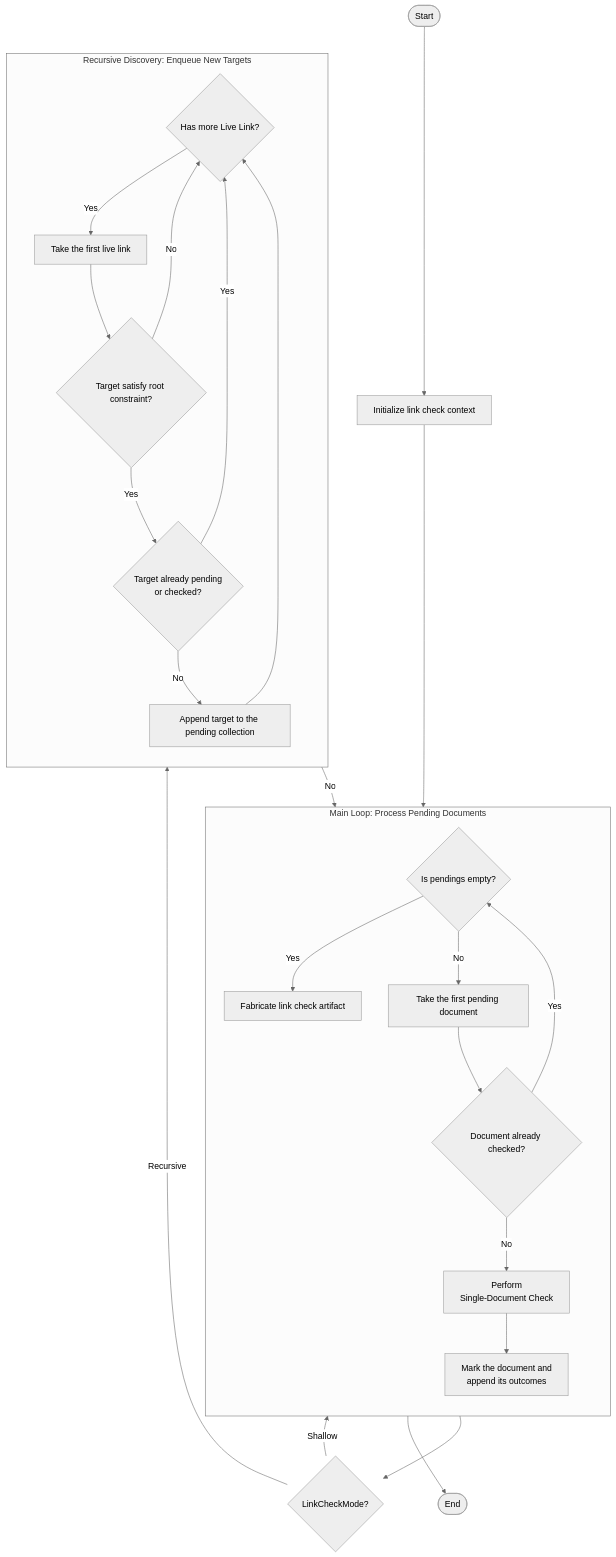
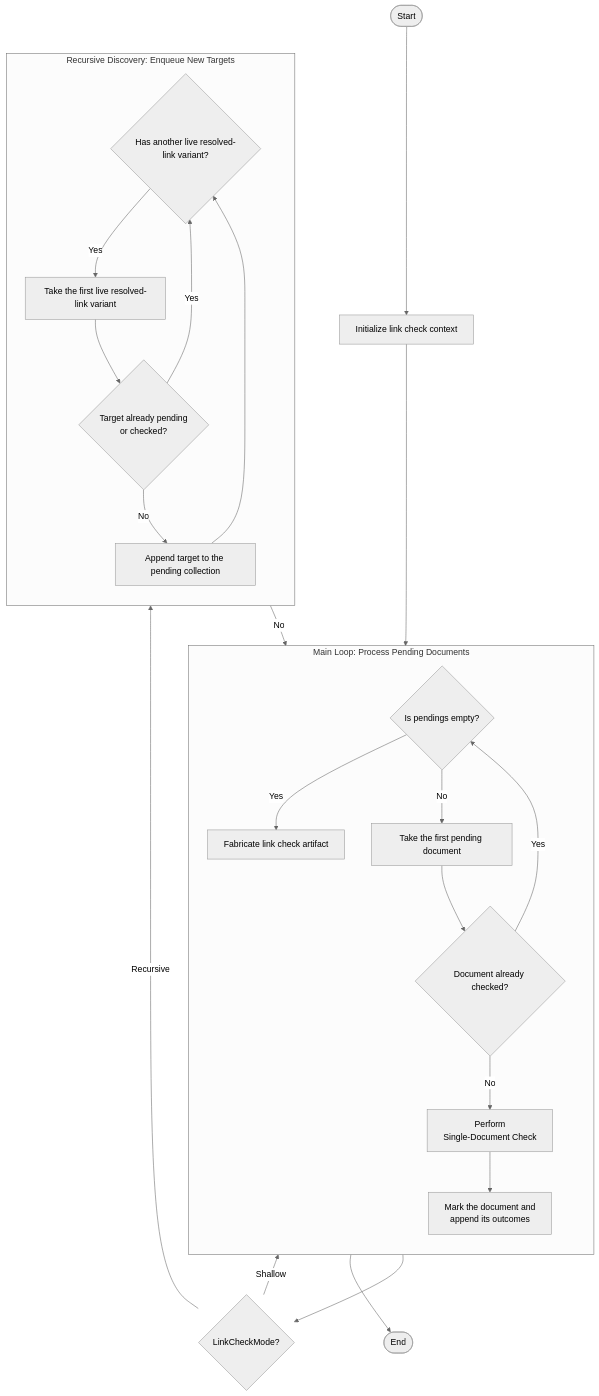
One commit to huang-xiao-jian/bluey changed the diagram in specs/md-linkage/use-case/workflows/multiple-document-check-workflow.md. Above: the diagram before and after it, drawn with Mermaid (neutral theme). The commit also changed other lines of this file and 10 other files, not shown here.

Commit message:
docs(md-linkage): unify resolved link outcomes

````diff
--- a/specs/md-linkage/use-case/workflows/multiple-document-check-workflow.md
+++ b/specs/md-linkage/use-case/workflows/multiple-document-check-workflow.md
@@ -38,35 +38,33 @@
 ```mermaid
 flowchart TD
     Start([Start]) --> Initialize["Initialize link check context"]
     Initialize --> MainLoop
 
     subgraph MainLoop ["Main Loop: Process Pending Documents"]
         direction TB
         HasPending{"Is pendings empty?"}
         HasPending -- Yes --> ProduceResult["Fabricate link check artifact"]
         HasPending -- No --> TakeDocument["Take the first pending document"]
         TakeDocument --> AlreadyChecked{"Document already checked?"}
         AlreadyChecked -- Yes --> HasPending
         AlreadyChecked -- No --> CheckDocument["Perform<br/>Single-Document Check"]
         CheckDocument --> Aggregate["Mark the document and<br/>append its outcomes"]
     end
 
     Aggregate --> CheckMode{"LinkCheckMode?"}
     CheckMode -- Shallow --> HasPending
     CheckMode -- Recursive --> RecursiveDiscovery
 
     subgraph RecursiveDiscovery ["Recursive Discovery: Enqueue New Targets"]
         direction TB
-        HasLiveLink{"Has more Live Link?"}
-        HasLiveLink -- No --> HasPending
-        HasLiveLink -- Yes --> TakeLiveLink["Take the first live link"]
-        TakeLiveLink --> EligibleTarget{"Target satisfy root constraint?"}
-        EligibleTarget -- No --> HasLiveLink
-        EligibleTarget -- Yes --> KnownTarget{"Target already pending<br/>or checked?"}
-        KnownTarget -- Yes --> HasLiveLink
+        HasLiveVariant{"Has another live resolved-link variant?"}
+        HasLiveVariant -- No --> HasPending
+        HasLiveVariant -- Yes --> TakeLiveVariant["Take the first live resolved-link variant"]
+        TakeLiveVariant --> KnownTarget{"Target already pending<br/>or checked?"}
+        KnownTarget -- Yes --> HasLiveVariant
         KnownTarget -- No --> EnqueueTarget["Append target to the pending collection"]
-        EnqueueTarget --> HasLiveLink
+        EnqueueTarget --> HasLiveVariant
     end
 
     ProduceResult --> End([End])
 ```
````
